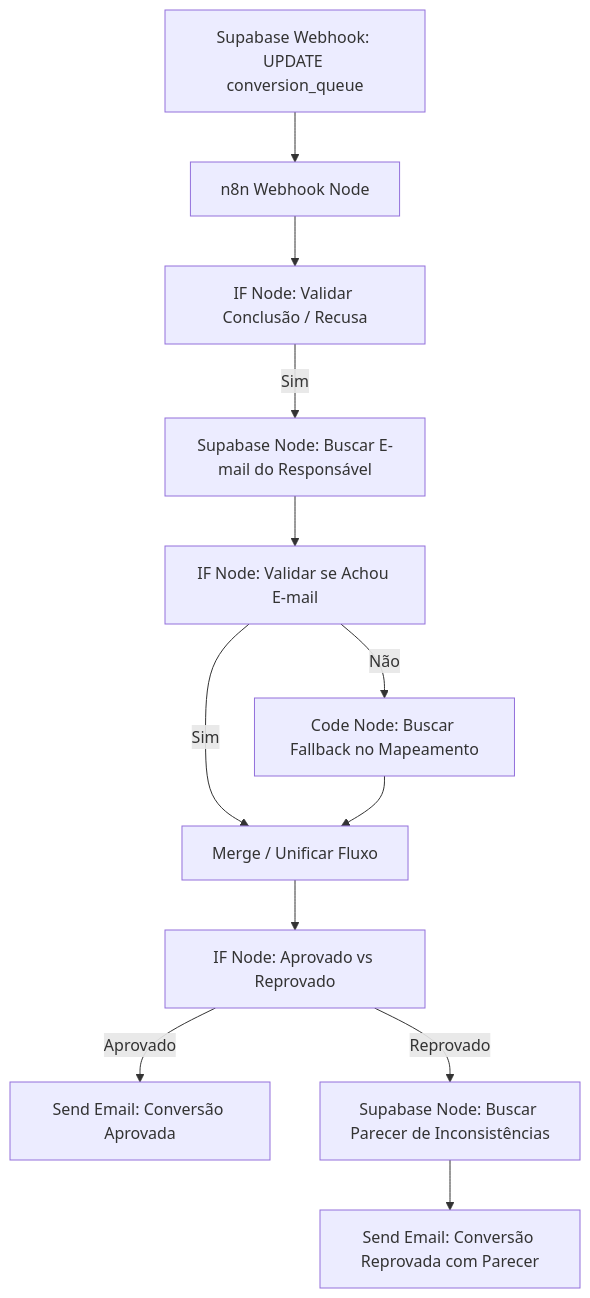
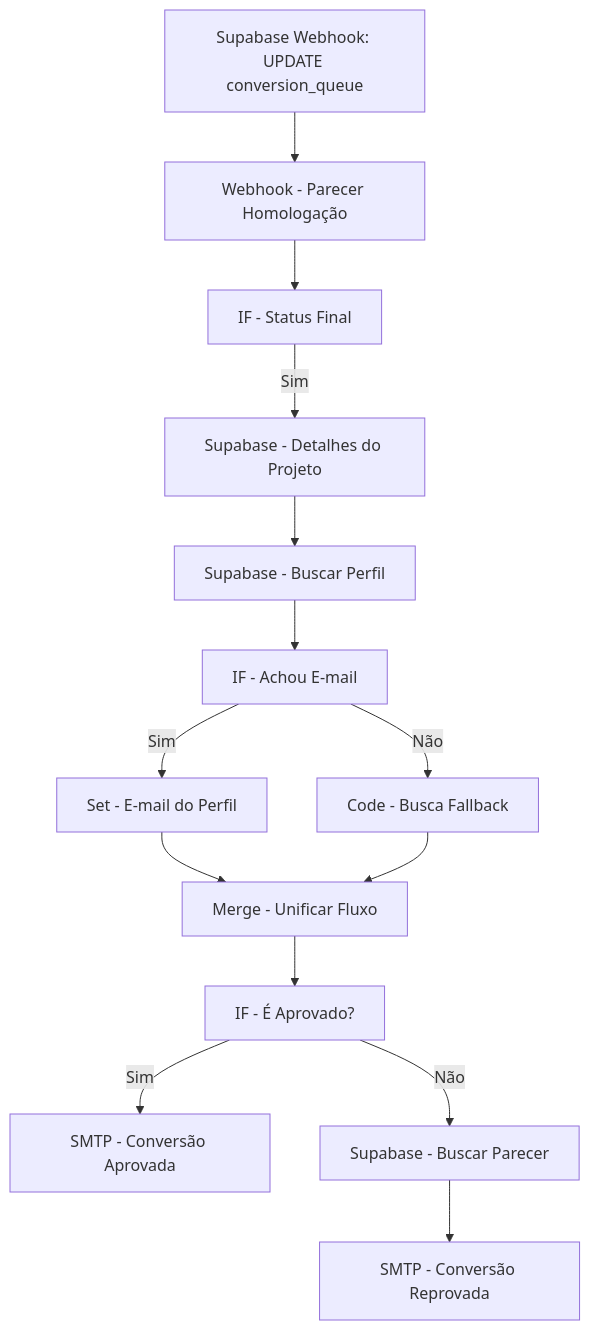
The second of 2 diagrams in 2-Áreas/Siplan Hub/Automações/[Manual] Passo a Passo - Novas Automações de Homologação.md (marcusvpo/siplan-implantacao-secondbrain), drawn with Mermaid before and after one commit. The commit also changed other lines of this file and 1 other file, not shown here.

````diff
--- a/2-Áreas/Siplan Hub/Automações/[Manual] Passo a Passo - Novas Automações de Homologação.md
+++ b/2-Áreas/Siplan Hub/Automações/[Manual] Passo a Passo - Novas Automações de Homologação.md
@@ -209,14 +209,16 @@
 ```mermaid
 graph TD
-    A[Supabase Webhook: UPDATE conversion_queue] --> B[n8n Webhook Node]
-    B --> C[IF Node: Validar Conclusão / Recusa]
-    C -- Sim --> D[Supabase Node: Buscar E-mail do Responsável]
-    D --> E[IF Node: Validar se Achou E-mail]
-    E -- Não --> F[Code Node: Buscar Fallback no Mapeamento]
-    E -- Sim --> G[Merge / Unificar Fluxo]
-    F --> G
-    G --> H[IF Node: Aprovado vs Reprovado]
-    H -- Aprovado --> I[Send Email: Conversão Aprovada]
-    H -- Reprovado --> J[Supabase Node: Buscar Parecer de Inconsistências]
-    J --> K[Send Email: Conversão Reprovada com Parecer]
+    A[Supabase Webhook: UPDATE conversion_queue] --> B[Webhook - Parecer Homologação]
+    B --> C[IF - Status Final]
+    C -- Sim --> D[Supabase - Detalhes do Projeto]
+    D --> E[Supabase - Buscar Perfil]
+    E --> F[IF - Achou E-mail]
+    F -- Sim --> G[Set - E-mail do Perfil]
+    F -- Não --> H[Code - Busca Fallback]
+    G --> I[Merge - Unificar Fluxo]
+    H --> I
+    I --> J[IF - É Aprovado?]
+    J -- Sim --> K[SMTP - Conversão Aprovada]
+    J -- Não --> L[Supabase - Buscar Parecer]
+    L --> M[SMTP - Conversão Reprovada]
 ```
````
